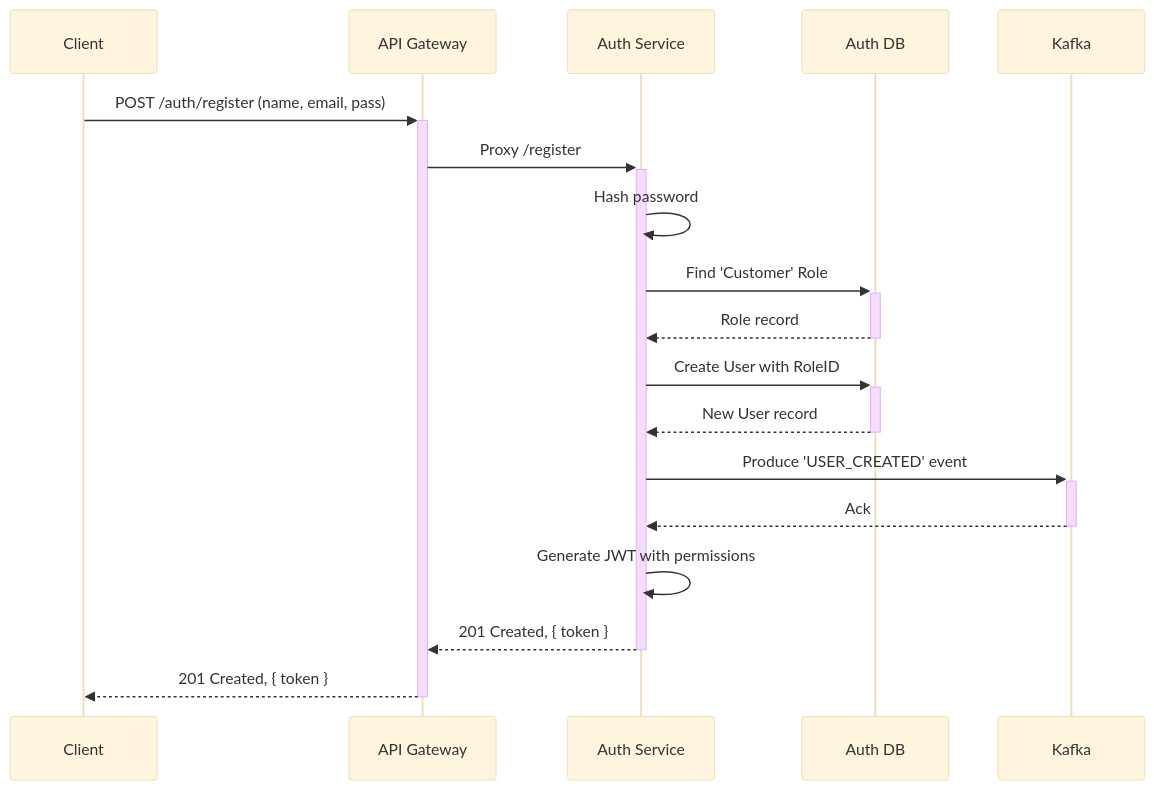
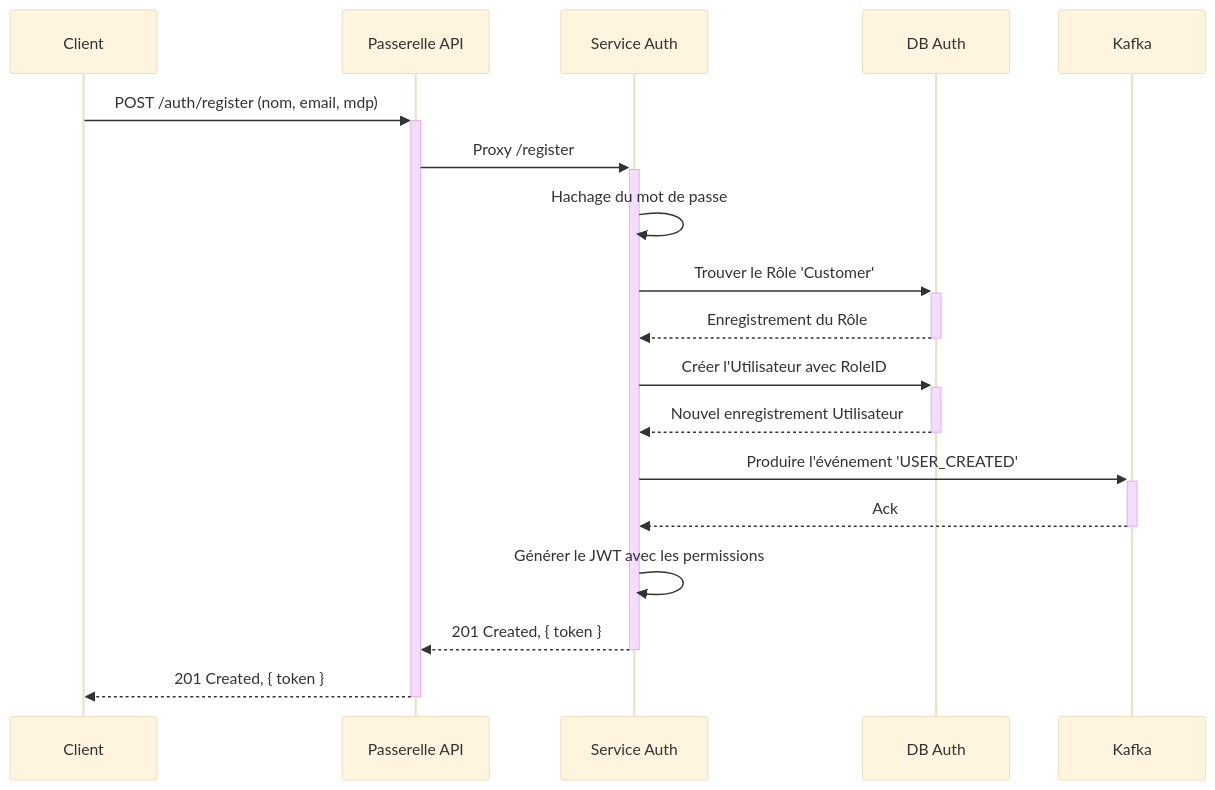
The fifth of 10 diagrams in MVP.md (HarcheSamir/esisba-lirmm-ecommerce), drawn with Mermaid (base theme) before and after one commit. The commit also changed other lines of this file, not shown here.

````diff
--- a/MVP.md
+++ b/MVP.md
@@ -439,21 +443,21 @@
 ```mermaid
 sequenceDiagram
     participant Client
-    participant APIGW as API Gateway
-    participant AuthSvc as Auth Service
-    participant AuthDB as Auth DB
+    participant APIGW as Passerelle API
+    participant AuthSvc as Service Auth
+    participant AuthDB as DB Auth
     participant Kafka
 
-    Client->>+APIGW: POST /auth/register (name, email, pass)
+    Client->>+APIGW: POST /auth/register (nom, email, mdp)
     APIGW->>+AuthSvc: Proxy /register
-    AuthSvc->>AuthSvc: Hash password
-    AuthSvc->>+AuthDB: Find 'Customer' Role
-    AuthDB-->>-AuthSvc: Role record
-    AuthSvc->>+AuthDB: Create User with RoleID
-    AuthDB-->>-AuthSvc: New User record
-    AuthSvc->>+Kafka: Produce 'USER_CREATED' event
+    AuthSvc->>AuthSvc: Hachage du mot de passe
+    AuthSvc->>+AuthDB: Trouver le Rôle 'Customer'
+    AuthDB-->>-AuthSvc: Enregistrement du Rôle
+    AuthSvc->>+AuthDB: Créer l'Utilisateur avec RoleID
+    AuthDB-->>-AuthSvc: Nouvel enregistrement Utilisateur
+    AuthSvc->>+Kafka: Produire l'événement 'USER_CREATED'
     Kafka-->>-AuthSvc: Ack
-    AuthSvc->>AuthSvc: Generate JWT with permissions
+    AuthSvc->>AuthSvc: Générer le JWT avec les permissions
     AuthSvc-->>-APIGW: 201 Created, { token }
     APIGW-->>-Client: 201 Created, { token }
 ```
````
